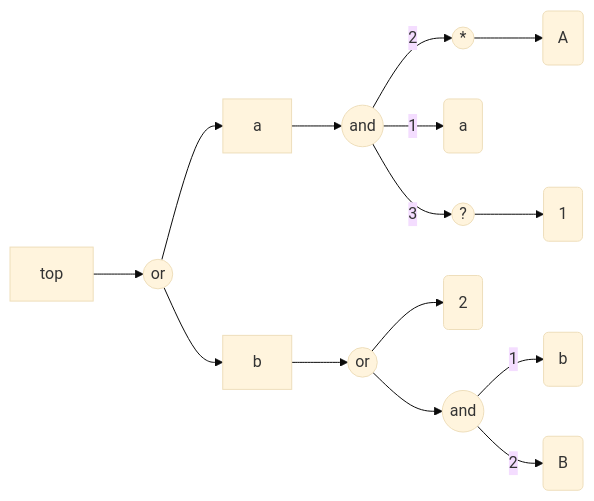
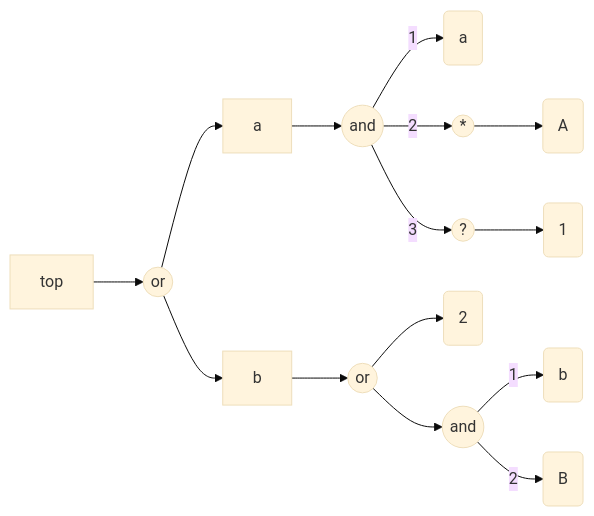
Before and after one commit to antononcube/Raku-FunctionalParsers: the fifth of 7 diagrams in doc/Graph-representation-of-grammars.md, drawn with Mermaid (base theme). The commit also changed other lines of this file and 1 other file, not shown here.

````diff
--- a/doc/Graph-representation-of-grammars.md
+++ b/doc/Graph-representation-of-grammars.md
@@ -86,32 +154,32 @@
 ```mermaid
 graph LR
+	T:a("a")
 	rep7((*))
+	alt1((or))
+	T:B("B")
+	T:A("A")
+	alt12((or))
+	T:b("b")
+	opt9((?))
+	NT:a["a"]
+	NT:top["top"]
+	NT:b["b"]
+	seq5((and))
+	T:2("2")
 	T:1("1")
-	NT:b["b"]
-	T:a("a")
-	T:B("B")
-	NT:top["top"]
 	seq13((and))
-	T:2("2")
-	alt1((or))
-	opt9((?))
-	alt12((or))
-	NT:a["a"]
-	T:A("A")
-	T:b("b")
-	seq5((and))
 	alt1 --> NT:a
 	alt1 --> NT:b
 	NT:top --> alt1
 	rep7 --> T:A
 	opt9 --> T:1
 	seq5 --> |1|T:a
 	seq5 --> |2|rep7
 	seq5 --> |3|opt9
 	NT:a --> seq5
 	seq13 --> |1|T:b
 	seq13 --> |2|T:B
 	alt12 --> seq13
 	alt12 --> T:2
 	NT:b --> alt12
 ```
````
